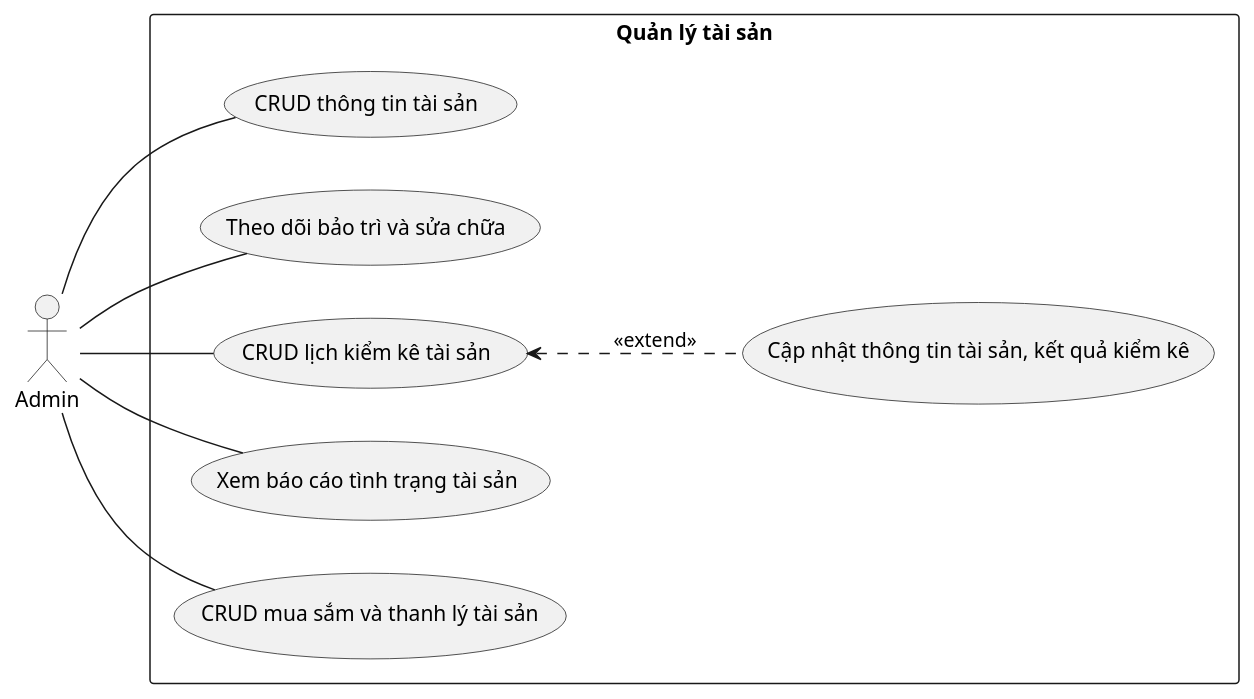
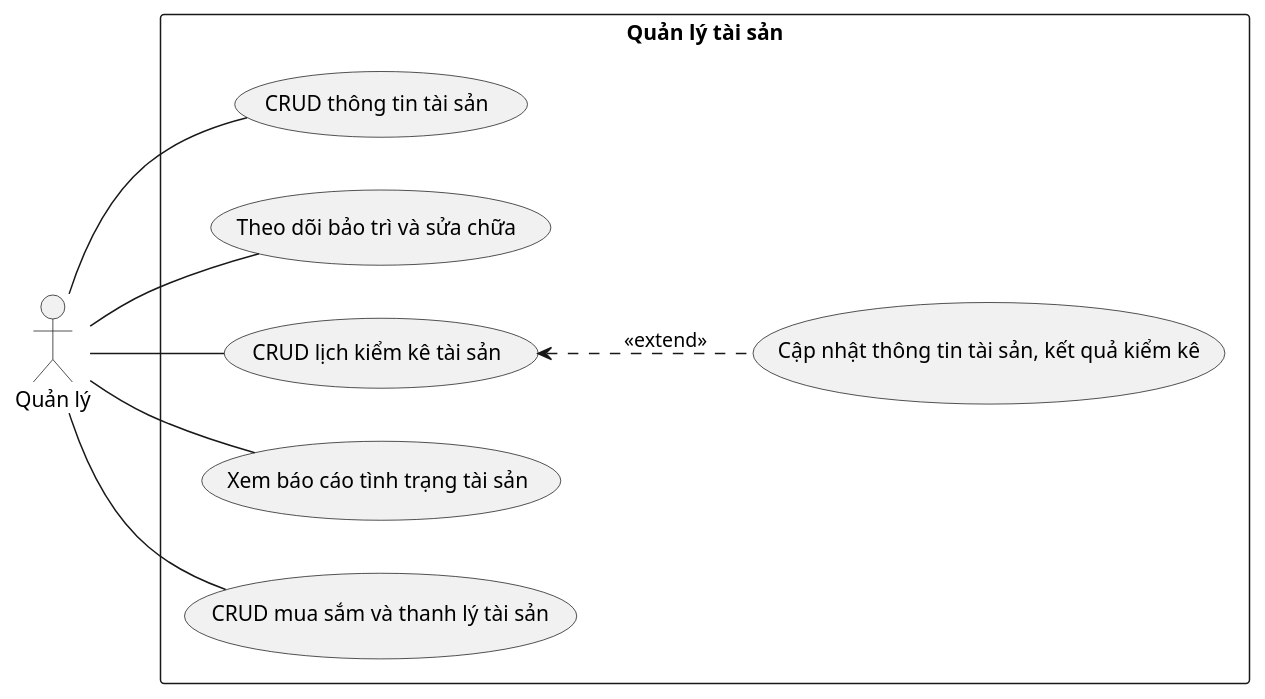
Before and after one commit to QuickyBooster/SE357-Pratice-class: the diagram in Lab1/Lab1.2/Usecase/Quản lý tài sản.plantuml, drawn with PlantUML. The commit also changed 19 other files, not shown here.

```diff
--- a/Lab1/Lab1.2/Usecase/Quản lý tài sản.plantuml
+++ b/Lab1/Lab1.2/Usecase/Quản lý tài sản.plantuml
@@ -1,19 +1,19 @@
 @startuml
 left to right direction
 
-actor Admin as C
+actor "Quản lý" as C
 rectangle "Quản lý tài sản" {
   usecase (CRUD thông tin tài sản) as UC1
   usecase (Theo dõi bảo trì và sửa chữa) as UC3
   usecase (CRUD lịch kiểm kê tài sản) as UC4
   (UC4)<..(Cập nhật thông tin tài sản, kết quả kiểm kê):<<extend>>
   usecase (Xem báo cáo tình trạng tài sản) as UC5
   usecase (CRUD mua sắm và thanh lý tài sản) as UC6
 
 }
 C --UC1
 C--UC3
 C--UC4
 C--UC5
 C--UC6
 @enduml
```
